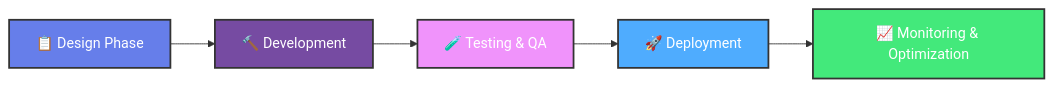
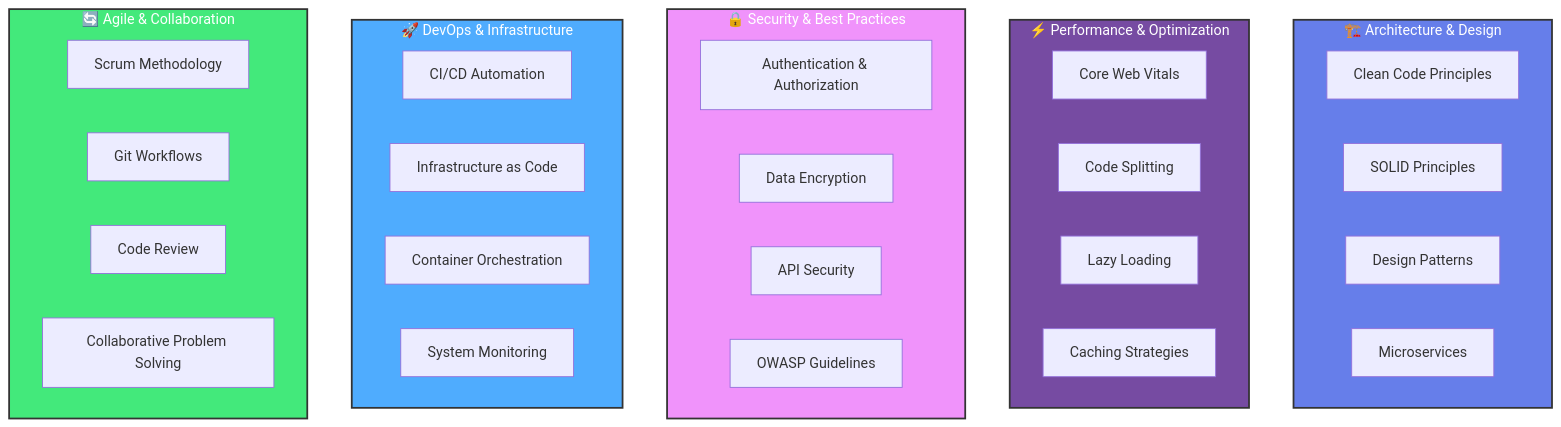
One commit to raAstIN/raAstIN changed the second of 4 diagrams in README.md. Above: the diagram before and after it, drawn with Mermaid. The commit also changed other lines of this file, not shown here.

````diff
--- a/README.md
+++ b/README.md
@@ -121,13 +165,43 @@
 ```mermaid
-graph LR
-    A["📋 Design Phase"] --> B["🔨 Development"]
-    B --> C["🧪 Testing & QA"]
-    C --> D["🚀 Deployment"]
-    D --> E["📈 Monitoring & Optimization"]
+graph TB
+    subgraph Architecture["🏗️ Architecture & Design"]
+        A1["Clean Code Principles"]
+        A2["SOLID Principles"]
+        A3["Design Patterns"]
+        A4["Microservices"]
+    end
     
-    style A fill:#667eea,stroke:#333,stroke-width:2px,color:#fff
-    style B fill:#764ba2,stroke:#333,stroke-width:2px,color:#fff
-    style C fill:#f093fb,stroke:#333,stroke-width:2px,color:#fff
-    style D fill:#4facfe,stroke:#333,stroke-width:2px,color:#fff
-    style E fill:#43e97b,stroke:#333,stroke-width:2px,color:#fff
+    subgraph Performance["⚡ Performance & Optimization"]
+        P1["Core Web Vitals"]
+        P2["Code Splitting"]
+        P3["Lazy Loading"]
+        P4["Caching Strategies"]
+    end
+    
+    subgraph Security["🔒 Security & Best Practices"]
+        S1["Authentication & Authorization"]
+        S2["Data Encryption"]
+        S3["API Security"]
+        S4["OWASP Guidelines"]
+    end
+    
+    subgraph DevOps["🚀 DevOps & Infrastructure"]
+        D1["CI/CD Automation"]
+        D2["Infrastructure as Code"]
+        D3["Container Orchestration"]
+        D4["System Monitoring"]
+    end
+    
+    subgraph Agile["🔄 Agile & Collaboration"]
+        AG1["Scrum Methodology"]
+        AG2["Git Workflows"]
+        AG3["Code Review"]
+        AG4["Collaborative Problem Solving"]
+    end
+    
+    style Architecture fill:#667eea,stroke:#333,stroke-width:2px,color:#fff
+    style Performance fill:#764ba2,stroke:#333,stroke-width:2px,color:#fff
+    style Security fill:#f093fb,stroke:#333,stroke-width:2px,color:#fff
+    style DevOps fill:#4facfe,stroke:#333,stroke-width:2px,color:#fff
+    style Agile fill:#43e97b,stroke:#333,stroke-width:2px,color:#fff
 ```
````
